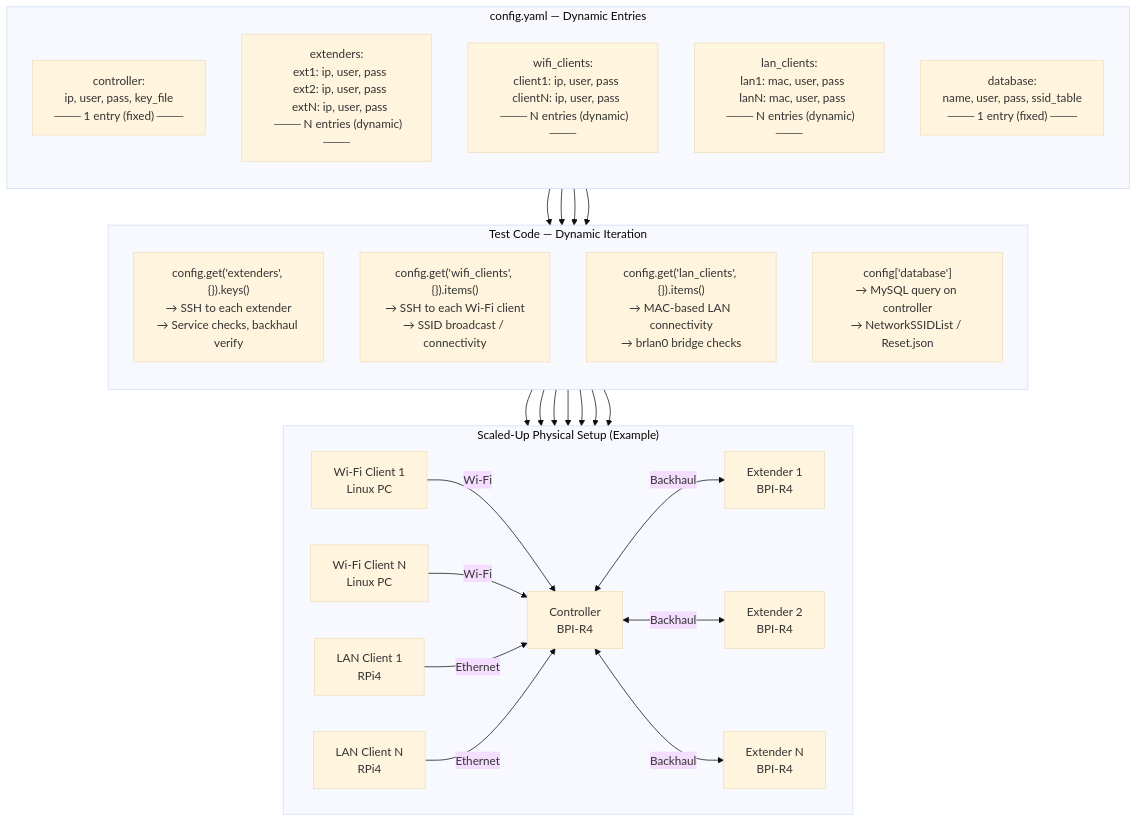
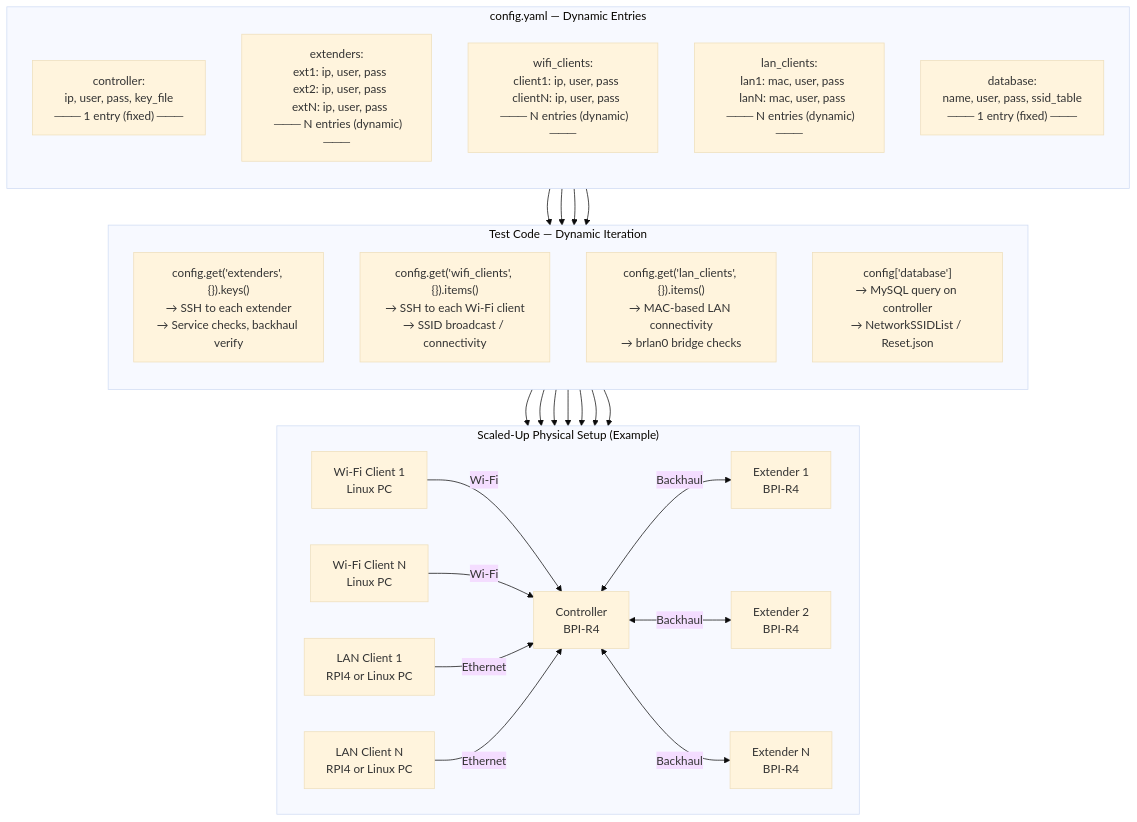
Before and after one commit to rdkcentral/easymesh-sanity-testsuite: the second of 2 diagrams in UI_Automation/EM_Test_User_Manual.md, drawn with Mermaid (base theme). The commit also changed other lines of this file and 10 other files, not shown here.

````diff
--- a/UI_Automation/EM_Test_User_Manual.md
+++ b/UI_Automation/EM_Test_User_Manual.md
@@ -135,50 +131,50 @@
 ```mermaid
 graph TB
     subgraph YAML["config.yaml — Dynamic Entries"]
         direction TB
         Y_CTRL["controller:\n  ip, user, pass, key_file\n  ─── 1 entry (fixed) ───"]
         Y_EXT["extenders:\n  ext1: ip, user, pass\n  ext2: ip, user, pass\n  extN: ip, user, pass\n  ─── N entries (dynamic) ───"]
         Y_WC["wifi_clients:\n  client1: ip, user, pass\n  clientN: ip, user, pass\n  ─── N entries (dynamic) ───"]
         Y_LC["lan_clients:\n  lan1: mac, user, pass\n  lanN: mac, user, pass\n  ─── N entries (dynamic) ───"]
         Y_DB["database:\n  name, user, pass, ssid_table\n  ─── 1 entry (fixed) ───"]
     end
 
     subgraph CODE["Test Code — Dynamic Iteration"]
         direction TB
         IT_EXT["config.get('extenders', {}).keys()\n→ SSH to each extender\n→ Service checks, backhaul verify"]
         IT_WC["config.get('wifi_clients', {}).items()\n→ SSH to each Wi-Fi client\n→ SSID broadcast / connectivity"]
         IT_LC["config.get('lan_clients', {}).items()\n→ MAC-based LAN connectivity\n→ brlan0 bridge checks"]
         IT_DB["config['database']\n→ MySQL query on controller\n→ NetworkSSIDList / Reset.json"]
     end
 
     subgraph SCALE["Scaled-Up Physical Setup (Example)"]
         direction LR
         CTR2["Controller\nBPI-R4"]
         EXT_A["Extender 1\nBPI-R4"]
         EXT_B["Extender 2\nBPI-R4"]
         EXT_N["Extender N\nBPI-R4"]
         WC_A["Wi-Fi Client 1\nLinux PC"]
         WC_N["Wi-Fi Client N\nLinux PC"]
-        LC_A["LAN Client 1\nRPi4"]
-        LC_N["LAN Client N\nRPi4"]
+        LC_A["LAN Client 1\nRPI4 or Linux PC"]
+        LC_N["LAN Client N\nRPI4 or Linux PC"]
         CTR2 <-- "Backhaul" --> EXT_A
         CTR2 <-- "Backhaul" --> EXT_B
         CTR2 <-- "Backhaul" --> EXT_N
         WC_A -- "Wi-Fi" --> CTR2
         WC_N -- "Wi-Fi" --> CTR2
         LC_A -- "Ethernet" --> CTR2
         LC_N -- "Ethernet" --> CTR2
     end
 
     Y_CTRL --> IT_DB
     Y_EXT --> IT_EXT
     Y_WC --> IT_WC
     Y_LC --> IT_LC
     IT_EXT --> EXT_A
     IT_EXT --> EXT_B
     IT_EXT --> EXT_N
     IT_WC --> WC_A
     IT_WC --> WC_N
     IT_LC --> LC_A
     IT_LC --> LC_N
 ```
````
